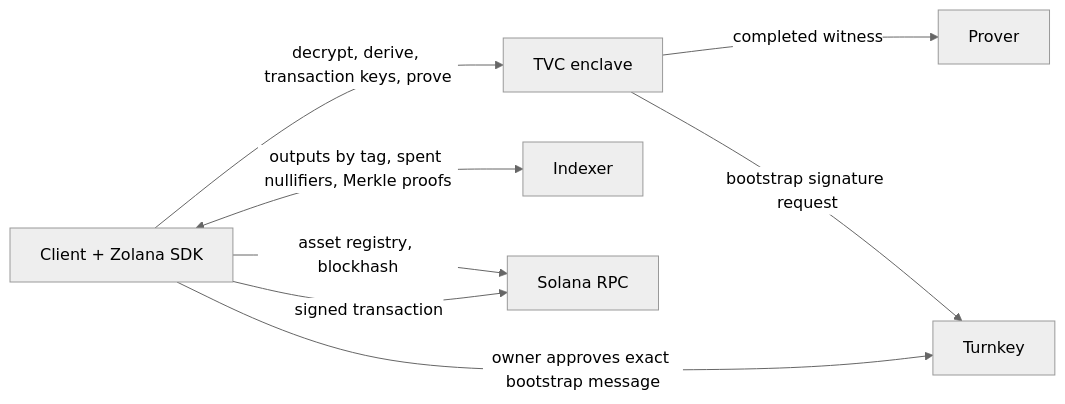
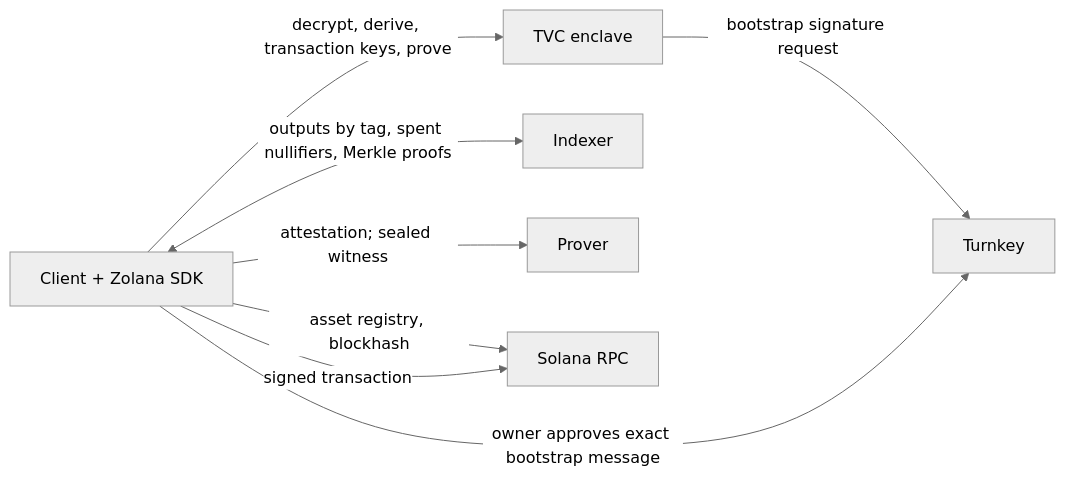
One commit to helius-labs/zolana-tvc changed the diagram in README.md. Above: the diagram before and after it, drawn with Mermaid (neutral theme). The commit also changed other lines of this file and 51 other files, not shown here.

````diff
--- a/README.md
+++ b/README.md
@@ -26,17 +26,17 @@
 ```mermaid
 flowchart LR
     C[Client + Zolana SDK]
     T[TVC enclave]
     K[Turnkey]
     I[Indexer]
     P[Prover]
     S[Solana RPC]
 
     C -->|decrypt, derive, transaction keys, prove| T
     C <-->|outputs by tag, spent nullifiers, Merkle proofs| I
     C -->|asset registry, blockhash| S
-    T -->|completed witness| P
+    C -->|attestation; sealed witness| P
     T -->|bootstrap signature request| K
     C -->|owner approves exact bootstrap message| K
     C -->|signed transaction| S
 ```
````
